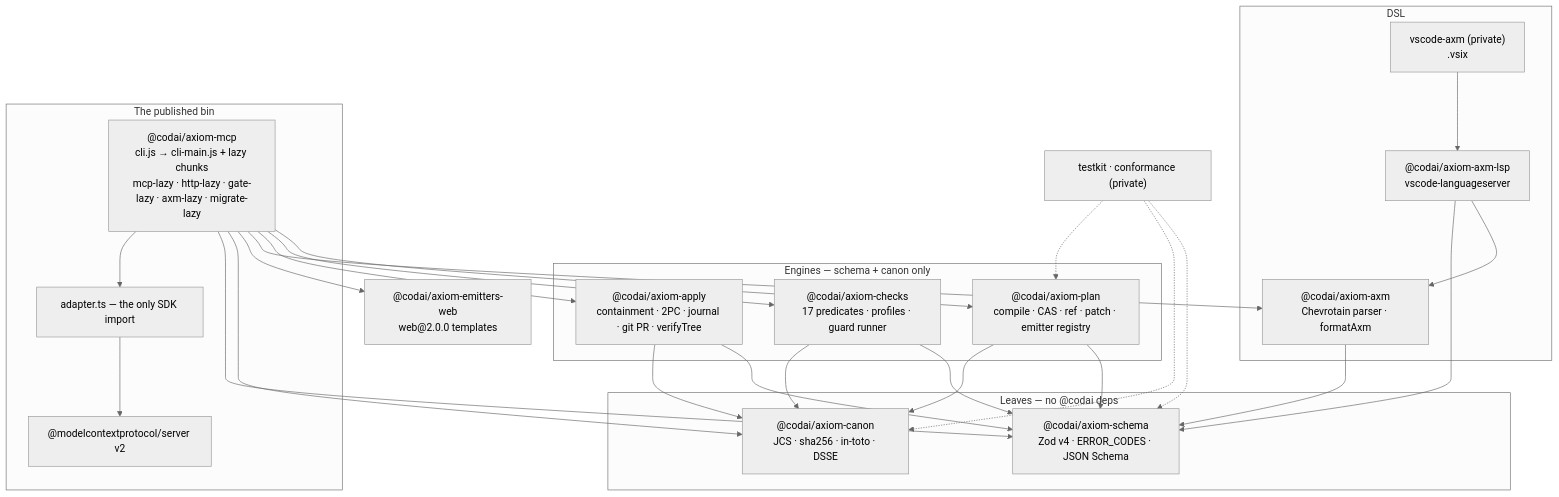
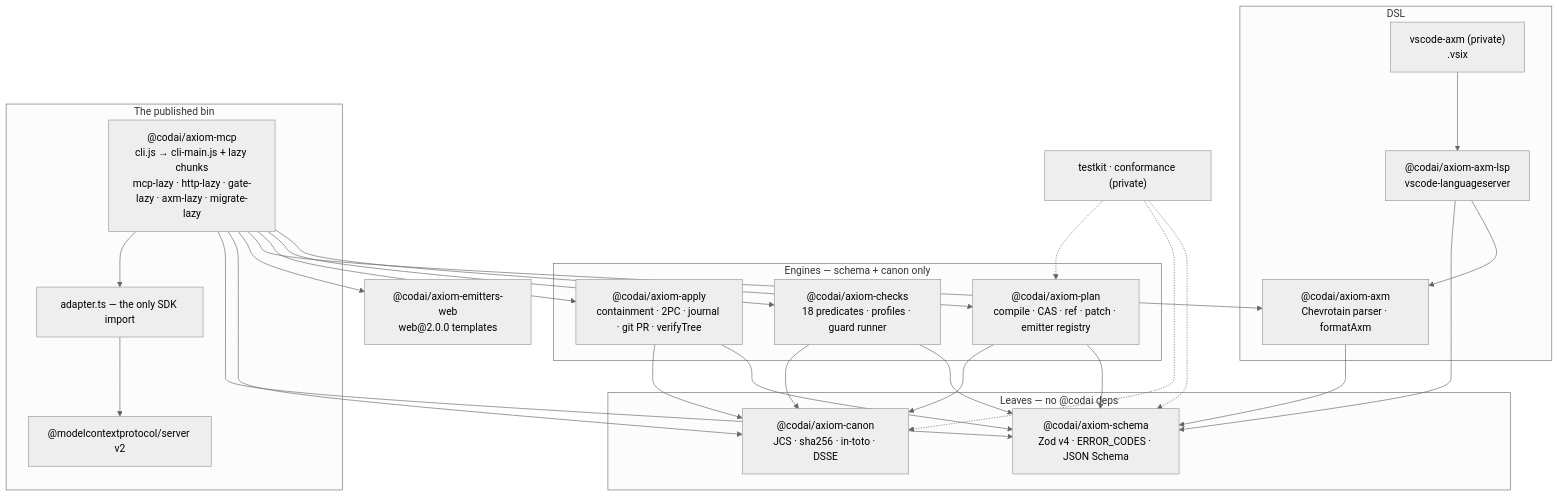
One commit to dragoscv/axiom changed the diagram in docs/design/v2-architecture.md. Above: the diagram before and after it, drawn with Mermaid (neutral theme). The commit also changed 23 other files, not shown here.

````diff
--- a/docs/design/v2-architecture.md
+++ b/docs/design/v2-architecture.md
@@ -13,33 +13,33 @@
 ```mermaid
 flowchart TB
   subgraph leaves [Leaves — no @codai deps]
     schema["@codai/axiom-schema<br/>Zod v4 · ERROR_CODES · JSON Schema"]
     canon["@codai/axiom-canon<br/>JCS · sha256 · in-toto · DSSE"]
   end
   subgraph engines [Engines — schema + canon only]
     plan["@codai/axiom-plan<br/>compile · CAS · ref · patch · emitter registry"]
-    checks["@codai/axiom-checks<br/>17 predicates · profiles · guard runner"]
+    checks["@codai/axiom-checks<br/>18 predicates · profiles · guard runner"]
     apply["@codai/axiom-apply<br/>containment · 2PC · journal · git PR · verifyTree"]
   end
   subgraph dsl [DSL]
     axm["@codai/axiom-axm<br/>Chevrotain parser · formatAxm"]
     lsp["@codai/axiom-axm-lsp<br/>vscode-languageserver"]
     vsx["vscode-axm (private)<br/>.vsix"]
   end
   web["@codai/axiom-emitters-web<br/>web@2.0.0 templates"]
   subgraph bin [The published bin]
     mcp["@codai/axiom-mcp<br/>cli.js → cli-main.js + lazy chunks<br/>mcp-lazy · http-lazy · gate-lazy · axm-lazy · migrate-lazy"]
     adapter["adapter.ts — the only SDK import"]
     sdk["@modelcontextprotocol/server v2"]
   end
   priv["testkit · conformance (private)"]
   plan --> schema & canon
   checks --> schema & canon
   apply --> schema & canon
   axm --> schema
   lsp --> axm & schema
   vsx --> lsp
   mcp --> plan & checks & apply & axm & web & canon & schema
   mcp --> adapter --> sdk
   priv -.-> schema & canon & plan
 ```
````
